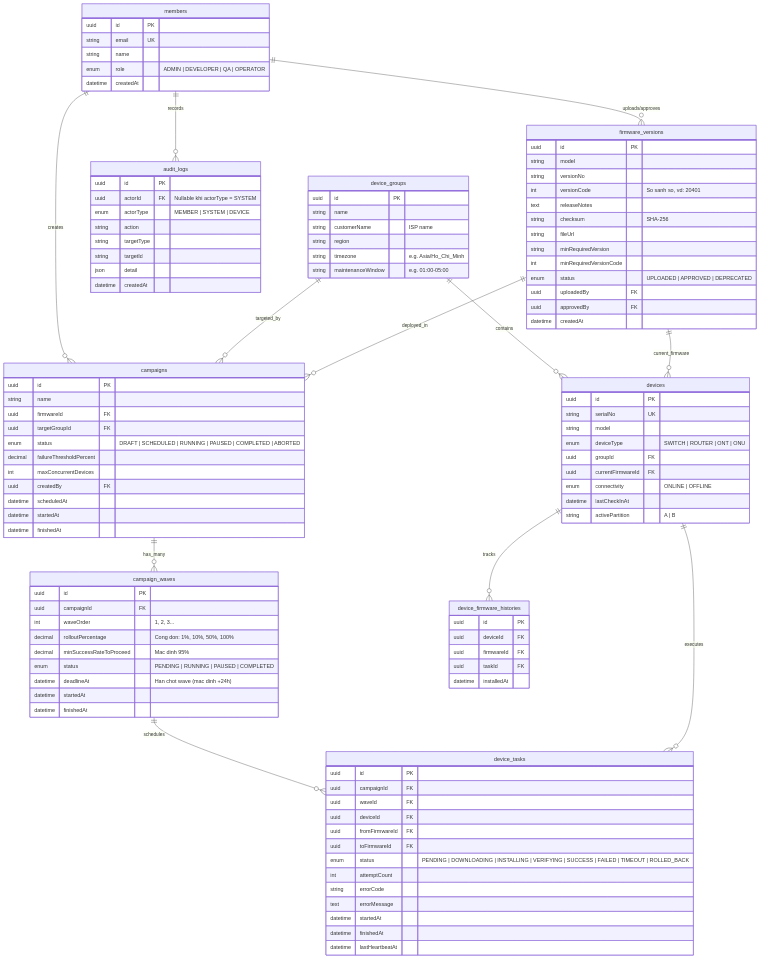
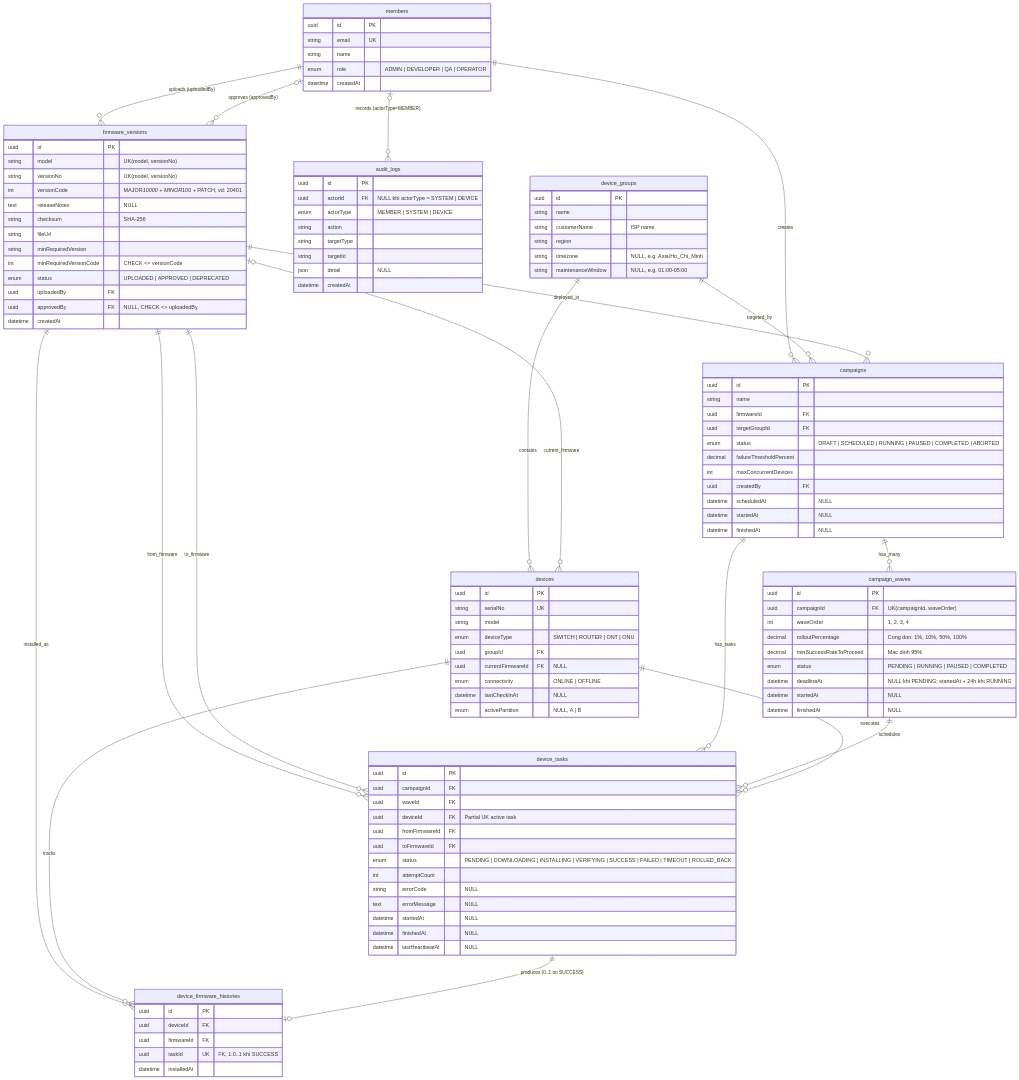
Before and after one commit to tranvan100405-max/KitsNhom5_Dasan: the first of 3 diagrams in DASAN_OJT1_System_Design_Specification.md, drawn with Mermaid. The commit also changed other lines of this file and 10 other files, not shown here.

Commit message:
docs(cross-review): align system spec, ERD, sequence 1, compatibility rules and add gate checklist

````diff
--- a/DASAN_OJT1_System_Design_Specification.md
+++ b/DASAN_OJT1_System_Design_Specification.md
@@ -24,16 +24,22 @@
 ```mermaid
 erDiagram
-    members ||--o{ firmware_versions : "uploads/approves"
+    members ||--o{ firmware_versions : "uploads (uploadedBy)"
+    members o|--o{ firmware_versions : "approves (approvedBy)"
     members ||--o{ campaigns : "creates"
-    members ||--o{ audit_logs : "records"
+    members o|--o{ audit_logs : "records (actorType=MEMBER)"
     device_groups ||--o{ devices : "contains"
     device_groups ||--o{ campaigns : "targeted_by"
     firmware_versions ||--o{ campaigns : "deployed_in"
-    firmware_versions ||--o{ devices : "current_firmware"
+    firmware_versions o|--o{ devices : "current_firmware"
+    firmware_versions ||--o{ device_tasks : "from_firmware"
+    firmware_versions ||--o{ device_tasks : "to_firmware"
+    firmware_versions ||--o{ device_firmware_histories : "installed_as"
     campaigns ||--o{ campaign_waves : "has_many"
+    campaigns ||--o{ device_tasks : "has_tasks"
     campaign_waves ||--o{ device_tasks : "schedules"
     devices ||--o{ device_tasks : "executes"
     devices ||--o{ device_firmware_histories : "tracks"
+    device_tasks ||--o| device_firmware_histories : "produces (0..1 on SUCCESS)"
 
     members {
         uuid id PK
@@ -48,8 +54,8 @@
         string name
         string customerName "ISP name"
         string region
-        string timezone "e.g. Asia/Ho_Chi_Minh"
-        string maintenanceWindow "e.g. 01:00-05:00"
+        string timezone "NULL, e.g. Asia/Ho_Chi_Minh"
+        string maintenanceWindow "NULL, e.g. 01:00-05:00"
     }
 
     devices {
@@ -58,25 +64,25 @@
         string model
         enum deviceType "SWITCH | ROUTER | ONT | ONU"
         uuid groupId FK
-        uuid currentFirmwareId FK
+        uuid currentFirmwareId FK "NULL"
         enum connectivity "ONLINE | OFFLINE"
-        datetime lastCheckInAt
-        string activePartition "A | B"
+        datetime lastCheckInAt "NULL"
+        enum activePartition "NULL, A | B"
     }
 
     firmware_versions {
         uuid id PK
-        string model
-        string versionNo
-        int versionCode "So sanh so, vd: 20401"
-        text releaseNotes
+        string model "UK(model, versionNo)"
+        string versionNo "UK(model, versionNo)"
+        int versionCode "MAJOR*10000 + MINOR*100 + PATCH, vd: 20401"
+        text releaseNotes "NULL"
         string checksum "SHA-256"
         string fileUrl
         string minRequiredVersion
-        int minRequiredVersionCode
+        int minRequiredVersionCode "CHECK <= versionCode"
         enum status "UPLOADED | APPROVED | DEPRECATED"
         uuid uploadedBy FK
-        uuid approvedBy FK
+        uuid approvedBy FK "NULL, CHECK <> uploadedBy"
         datetime createdAt
     }
 
@@ -89,55 +95,55 @@
         decimal failureThresholdPercent
         int maxConcurrentDevices
         uuid createdBy FK
-        datetime scheduledAt
-        datetime startedAt
-        datetime finishedAt
+        datetime scheduledAt "NULL"
+        datetime startedAt "NULL"
+        datetime finishedAt "NULL"
     }
 
     campaign_waves {
         uuid id PK
-        uuid campaignId FK
-        int waveOrder "1, 2, 3..."
+        uuid campaignId FK "UK(campaignId, waveOrder)"
+        int waveOrder "1, 2, 3, 4"
         decimal rolloutPercentage "Cong don: 1%, 10%, 50%, 100%"
         decimal minSuccessRateToProceed "Mac dinh 95%"
         enum status "PENDING | RUNNING | PAUSED | COMPLETED"
-        datetime deadlineAt "Han chot wave (mac dinh +24h)"
-        datetime startedAt
-        datetime finishedAt
+        datetime deadlineAt "NULL khi PENDING; startedAt + 24h khi RUNNING"
+        datetime startedAt "NULL"
+        datetime finishedAt "NULL"
     }
 
     device_tasks {
         uuid id PK
         uuid campaignId FK
         uuid waveId FK
-        uuid deviceId FK
+        uuid deviceId FK "Partial UK active task"
         uuid fromFirmwareId FK
         uuid toFirmwareId FK
         enum status "PENDING | DOWNLOADING | INSTALLING | VERIFYING | SUCCESS | FAILED | TIMEOUT | ROLLED_BACK"
         int attemptCount
-        string errorCode
-        text errorMessage
-        datetime startedAt
-        datetime finishedAt
-        datetime lastHeartbeatAt
+        string errorCode "NULL"
+        text errorMessage "NULL"
+        datetime startedAt "NULL"
+        datetime finishedAt "NULL"
+        datetime lastHeartbeatAt "NULL"
     }
 
     device_firmware_histories {
         uuid id PK
         uuid deviceId FK
         uuid firmwareId FK
-        uuid taskId FK
+        uuid taskId UK "FK, 1:0..1 khi SUCCESS"
         datetime installedAt
     }
 
     audit_logs {
         uuid id PK
-        uuid actorId FK "Nullable khi actorType = SYSTEM"
+        uuid actorId FK "NULL khi actorType = SYSTEM | DEVICE"
         enum actorType "MEMBER | SYSTEM | DEVICE"
         string action
         string targetType
         string targetId
-        json detail
+        json detail "NULL"
         datetime createdAt
     }
 ```
````
